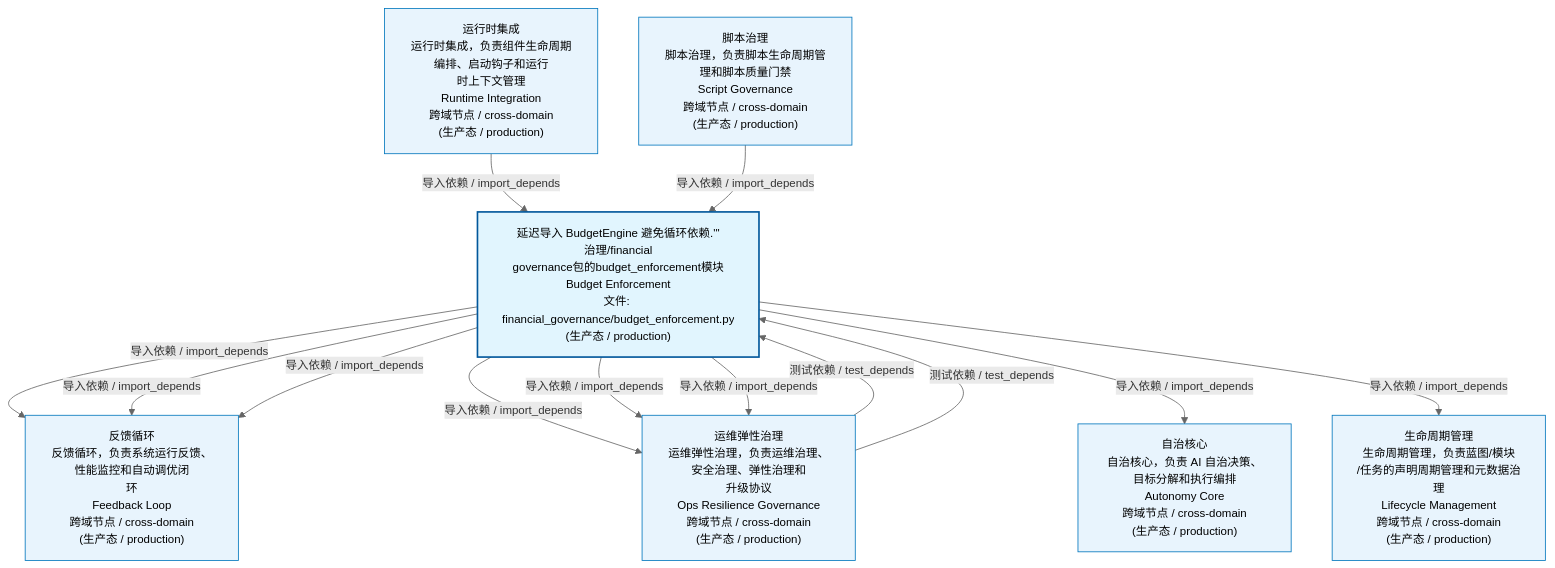
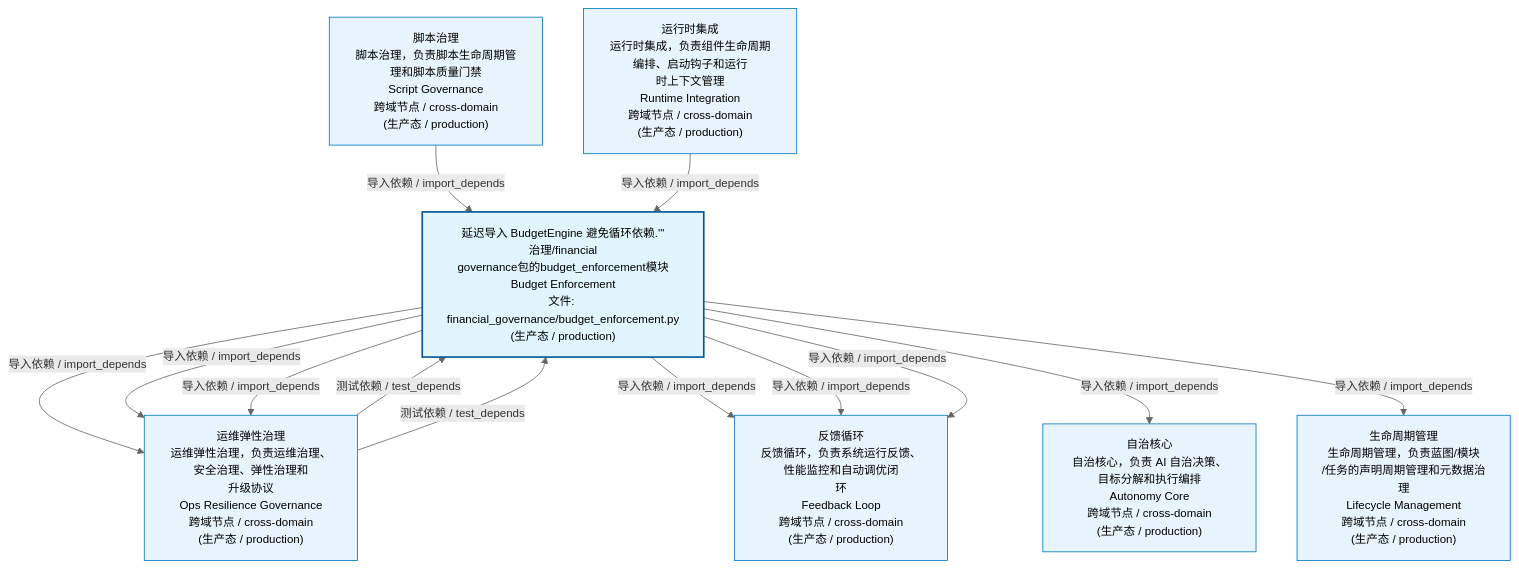
Before and after one commit to xuanFelixVan/ZephyrAlpha: the first of 3 diagrams in docs/02_enterprise_architecture/02_domain_architecture_docs/54_d_gov_repair.md, drawn with Mermaid. The commit also changed other lines of this file and 66 other files, not shown here.

````diff
--- a/docs/02_enterprise_architecture/02_domain_architecture_docs/54_d_gov_repair.md
+++ b/docs/02_enterprise_architecture/02_domain_architecture_docs/54_d_gov_repair.md
@@ -53,29 +53,29 @@
 ```mermaid
 %%{init: {'theme': 'base', 'themeVariables': {'primaryColor': '#eaeaea', 'primaryTextColor': '#333333', 'primaryBorderColor': '#666666', 'lineColor': '#666666', 'secondaryColor': '#eaeaea', 'tertiaryColor': '#eaeaea', 'fontSize': '14px'}}}%%
 flowchart TD
     src_zephyr_governance_financial_governance_budget_enforcement_py["延迟导入 BudgetEngine 避免循环依赖.'''<br/>治理/financial<br/>governance包的budget_enforcement模块<br/>Budget Enforcement<br/>文件: financial_governance/budget_enforcement.py<br/>(生产态 / production)"]
+    D_GOV_OPS_RESILIENCE["运维弹性治理<br/>运维弹性治理，负责运维治理、安全治理、弹性治理和<br/>升级协议<br/>Ops Resilience Governance<br/>跨域节点 / cross-domain<br/>(生产态 / production)"]
+    src_zephyr_governance_financial_governance_budget_enforcement_py -->|导入依赖 / import_depends| D_GOV_OPS_RESILIENCE
     D_OPS["反馈循环<br/>反馈循环，负责系统运行反馈、性能监控和自动调优闭<br/>环<br/>Feedback Loop<br/>跨域节点 / cross-domain<br/>(生产态 / production)"]
     src_zephyr_governance_financial_governance_budget_enforcement_py -->|导入依赖 / import_depends| D_OPS
-    D_GOV_OPS_RESILIENCE["运维弹性治理<br/>运维弹性治理，负责运维治理、安全治理、弹性治理和<br/>升级协议<br/>Ops Resilience Governance<br/>跨域节点 / cross-domain<br/>(生产态 / production)"]
+    src_zephyr_governance_financial_governance_budget_enforcement_py -->|导入依赖 / import_depends| D_OPS
     src_zephyr_governance_financial_governance_budget_enforcement_py -->|导入依赖 / import_depends| D_GOV_OPS_RESILIENCE
-    src_zephyr_governance_financial_governance_budget_enforcement_py -->|导入依赖 / import_depends| D_GOV_OPS_RESILIENCE
-    src_zephyr_governance_financial_governance_budget_enforcement_py -->|导入依赖 / import_depends| D_OPS
     src_zephyr_governance_financial_governance_budget_enforcement_py -->|导入依赖 / import_depends| D_GOV_OPS_RESILIENCE
     src_zephyr_governance_financial_governance_budget_enforcement_py -->|导入依赖 / import_depends| D_OPS
     D_AUTONOMY_CORE["自治核心<br/>自治核心，负责 AI 自治决策、目标分解和执行编排<br/>Autonomy Core<br/>跨域节点 / cross-domain<br/>(生产态 / production)"]
     src_zephyr_governance_financial_governance_budget_enforcement_py -->|导入依赖 / import_depends| D_AUTONOMY_CORE
     D_GOVERNANCE["生命周期管理<br/>生命周期管理，负责蓝图/模块<br/>/任务的声明周期管理和元数据治理<br/>Lifecycle Management<br/>跨域节点 / cross-domain<br/>(生产态 / production)"]
     src_zephyr_governance_financial_governance_budget_enforcement_py -->|导入依赖 / import_depends| D_GOVERNANCE
     D_GOV_OPS_RESILIENCE -->|测试依赖 / test_depends| src_zephyr_governance_financial_governance_budget_enforcement_py
-    D_INFRA_RUNTIME["运行时集成<br/>运行时集成，负责组件生命周期编排、启动钩子和运行<br/>时上下文管理<br/>Runtime Integration<br/>跨域节点 / cross-domain<br/>(生产态 / production)"]
-    D_INFRA_RUNTIME -->|导入依赖 / import_depends| src_zephyr_governance_financial_governance_budget_enforcement_py
     D_GOV_OPS_RESILIENCE -->|测试依赖 / test_depends| src_zephyr_governance_financial_governance_budget_enforcement_py
     D_GOV_SCRIPTS["脚本治理<br/>脚本治理，负责脚本生命周期管理和脚本质量门禁<br/>Script Governance<br/>跨域节点 / cross-domain<br/>(生产态 / production)"]
     D_GOV_SCRIPTS -->|导入依赖 / import_depends| src_zephyr_governance_financial_governance_budget_enforcement_py
+    D_INFRA_RUNTIME["运行时集成<br/>运行时集成，负责组件生命周期编排、启动钩子和运行<br/>时上下文管理<br/>Runtime Integration<br/>跨域节点 / cross-domain<br/>(生产态 / production)"]
+    D_INFRA_RUNTIME -->|导入依赖 / import_depends| src_zephyr_governance_financial_governance_budget_enforcement_py
     classDef production fill:#e1f5fe,stroke:#01579b,stroke-width:2px,color:#000
     classDef design fill:#fff3e0,stroke:#e65100,stroke-width:2px,color:#000,stroke-dasharray: 5 5
     classDef external_prod fill:#e8f4fd,stroke:#0277bd,stroke-width:1px,color:#000
     classDef external_design fill:#fff8e7,stroke:#ef6c00,stroke-width:1px,color:#000,stroke-dasharray: 5 5
     class src_zephyr_governance_financial_governance_budget_enforcement_py production
-    class D_OPS,D_GOV_OPS_RESILIENCE,D_AUTONOMY_CORE,D_GOVERNANCE,D_INFRA_RUNTIME,D_GOV_SCRIPTS external_prod
+    class D_GOV_OPS_RESILIENCE,D_OPS,D_AUTONOMY_CORE,D_GOVERNANCE,D_GOV_SCRIPTS,D_INFRA_RUNTIME external_prod
 ```
````
